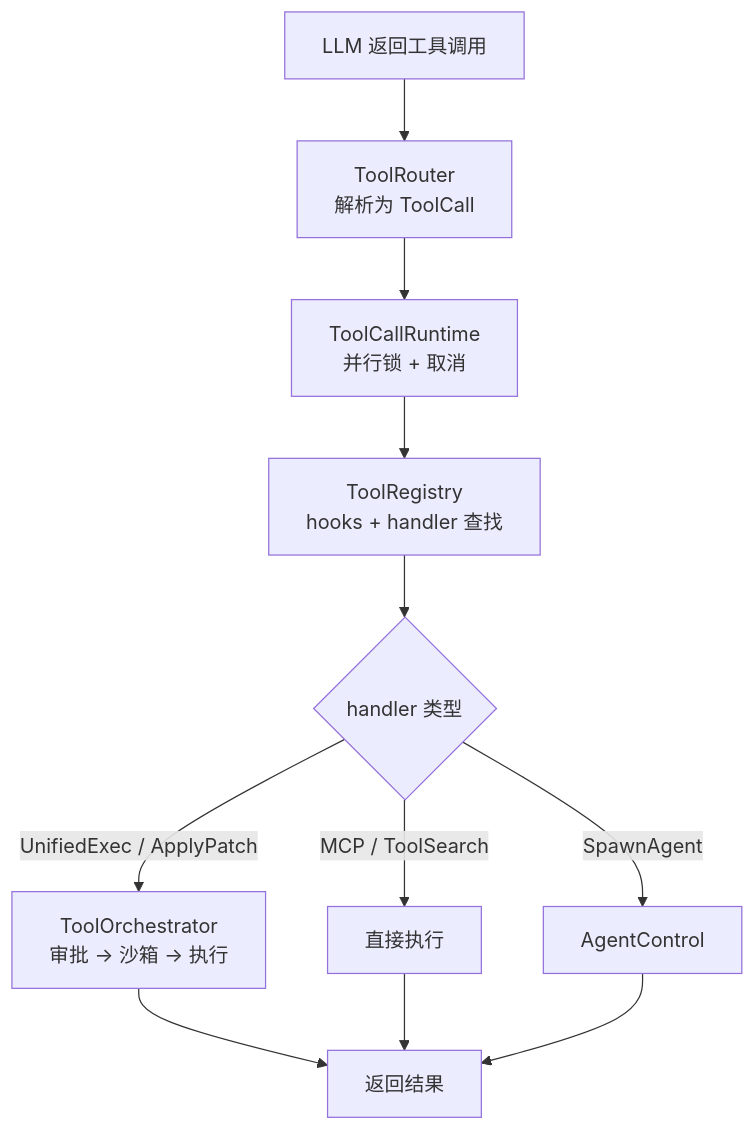
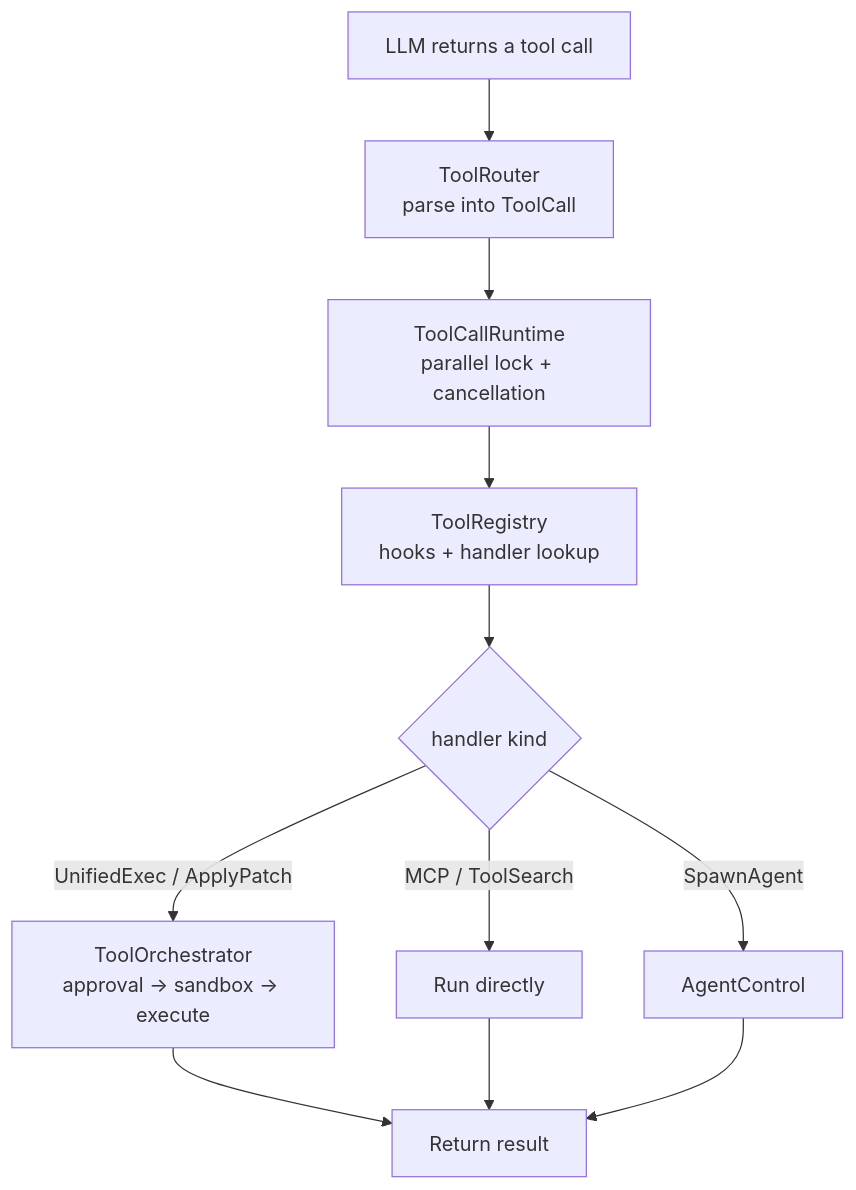
The first of 2 diagrams in wiki/04-tool-system.md (yibn2008/learn-codex), drawn with Mermaid before and after one commit. The commit also changed other lines of this file and 32 other files, not shown here.

````diff
--- a/wiki/04-tool-system.md
+++ b/wiki/04-tool-system.md
@@ -41,15 +43,15 @@
 ```mermaid
 graph TD
-    A[LLM 返回工具调用] --> B[ToolRouter<br/>解析为 ToolCall]
-    B --> C[ToolCallRuntime<br/>并行锁 + 取消]
-    C --> D[ToolRegistry<br/>hooks + handler 查找]
+    A[LLM returns a tool call] --> B[ToolRouter<br/>parse into ToolCall]
+    B --> C[ToolCallRuntime<br/>parallel lock + cancellation]
+    C --> D[ToolRegistry<br/>hooks + handler lookup]
 
-    D --> E{handler 类型}
-    E -->|UnifiedExec / ApplyPatch| F[ToolOrchestrator<br/>审批 → 沙箱 → 执行]
-    E -->|MCP / ToolSearch| G[直接执行]
+    D --> E{handler kind}
+    E -->|UnifiedExec / ApplyPatch| F[ToolOrchestrator<br/>approval → sandbox → execute]
+    E -->|MCP / ToolSearch| G[Run directly]
     E -->|SpawnAgent| H[AgentControl]
 
-    F --> I[返回结果]
+    F --> I[Return result]
     G --> I
     H --> I
 ```
````
